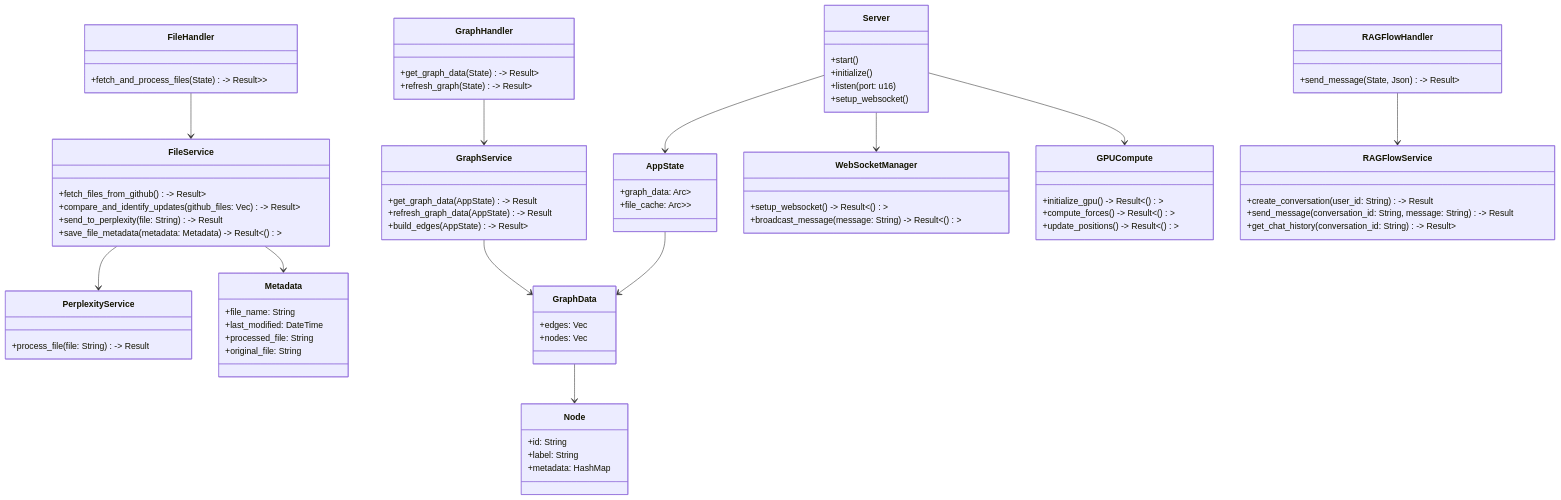
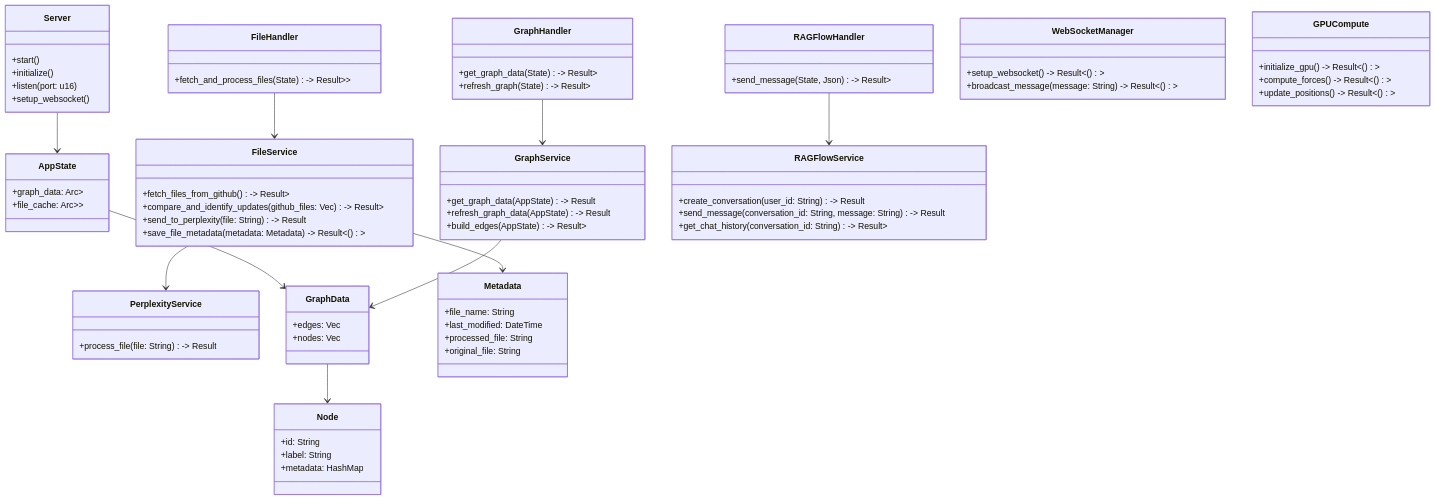
One commit to MITIH-Dreamlab/JingSpringThing changed the third of 4 diagrams in README.md. Above: the diagram before and after it, drawn with Mermaid. The commit also changed other lines of this file, not shown here.

````diff
--- a/README.md
+++ b/README.md
@@ -205,78 +237,76 @@
 ```mermaid
 classDiagram
     class Server {
         +start()
         +initialize()
         +listen(port: u16)
         +setup_websocket()
     }
     class AppState {
         +graph_data: Arc<RwLock<GraphData>>
         +file_cache: Arc<RwLock<HashMap<String, String>>>
     }
     class GraphHandler {
         +get_graph_data(State<AppState>) -> Result<Json<GraphData>>
         +refresh_graph(State<AppState>) -> Result<Json<GraphData>>
     }
     class FileHandler {
         +fetch_and_process_files(State<AppState>) -> Result<Json<Vec<String>>>
     }
     class RAGFlowHandler {
         +send_message(State<AppState>, Json<Message>) -> Result<Json<Response>>
     }
     class GraphService {
         +get_graph_data(AppState) -> Result<GraphData>
         +refresh_graph_data(AppState) -> Result<GraphData>
         +build_edges(AppState) -> Result<Vec<Edge>>
     }
     class FileService {
         +fetch_files_from_github() -> Result<Vec<GithubFile>>
         +compare_and_identify_updates(github_files: Vec<GithubFile>) -> Result<Vec<String>>
         +send_to_perplexity(file: String) -> Result<ProcessedFile>
         +save_file_metadata(metadata: Metadata) -> Result<()>
     }
     class RAGFlowService {
         +create_conversation(user_id: String) -> Result<String>
         +send_message(conversation_id: String, message: String) -> Result<String>
         +get_chat_history(conversation_id: String) -> Result<Vec<Message>>
     }
     class PerplexityService {
         +process_file(file: String) -> Result<ProcessedFile>
     }
     class GraphData {
         +edges: Vec<Edge>
         +nodes: Vec<Node>
     }
     class Metadata {
         +file_name: String
         +last_modified: DateTime<Utc>
         +processed_file: String
         +original_file: String
     }
     class Node {
         +id: String
         +label: String
         +metadata: HashMap<String, String>
     }
     class WebSocketManager {
         +setup_websocket() -> Result<()>
         +broadcast_message(message: String) -> Result<()>
     }
     class GPUCompute {
         +initialize_gpu() -> Result<()>
         +compute_forces() -> Result<()>
         +update_positions() -> Result<()>
     }
 
     Server --> AppState
-    Server --> WebSocketManager
-    Server --> GPUCompute
     AppState --> GraphData
     GraphHandler --> GraphService
     FileHandler --> FileService
     RAGFlowHandler --> RAGFlowService
     FileService --> PerplexityService
     FileService --> Metadata
     GraphService --> GraphData
     GraphData --> Node
 ```
````
